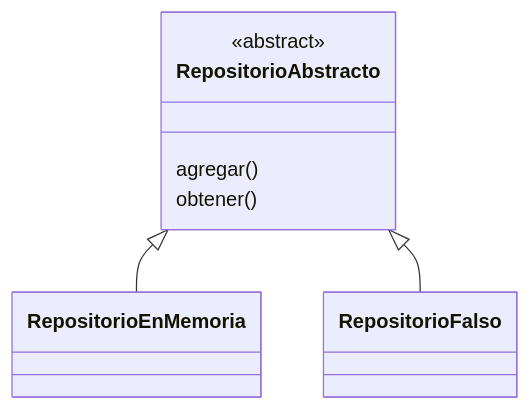
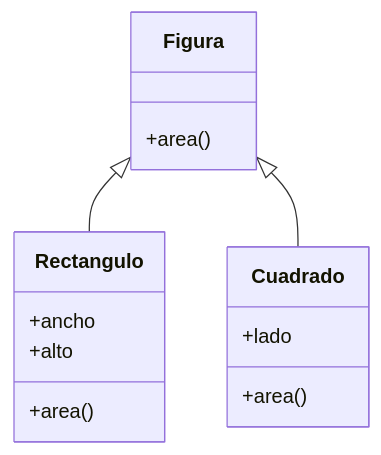
One commit to BenjaminGhiggo/aprendiendo-ddd-con-python-y-fastapi changed the second of 2 diagrams in lecciones/15-lsp/README.md. Above: the diagram before and after it, drawn with Mermaid. The commit also changed other lines of this file and 21 other files, not shown here.

````diff
--- a/lecciones/15-lsp/README.md
+++ b/lecciones/15-lsp/README.md
@@ -32,10 +364,17 @@
 ```mermaid
 classDiagram
-    RepositorioAbstracto <|-- RepositorioEnMemoria
-    RepositorioAbstracto <|-- RepositorioFalso
-    class RepositorioAbstracto {
-      <<abstract>>
-      agregar()
-      obtener()
+    class Figura {
+      +area()
     }
+    class Rectangulo {
+      +ancho
+      +alto
+      +area()
+    }
+    class Cuadrado {
+      +lado
+      +area()
+    }
+    Figura <|-- Rectangulo
+    Figura <|-- Cuadrado
 ```
````
